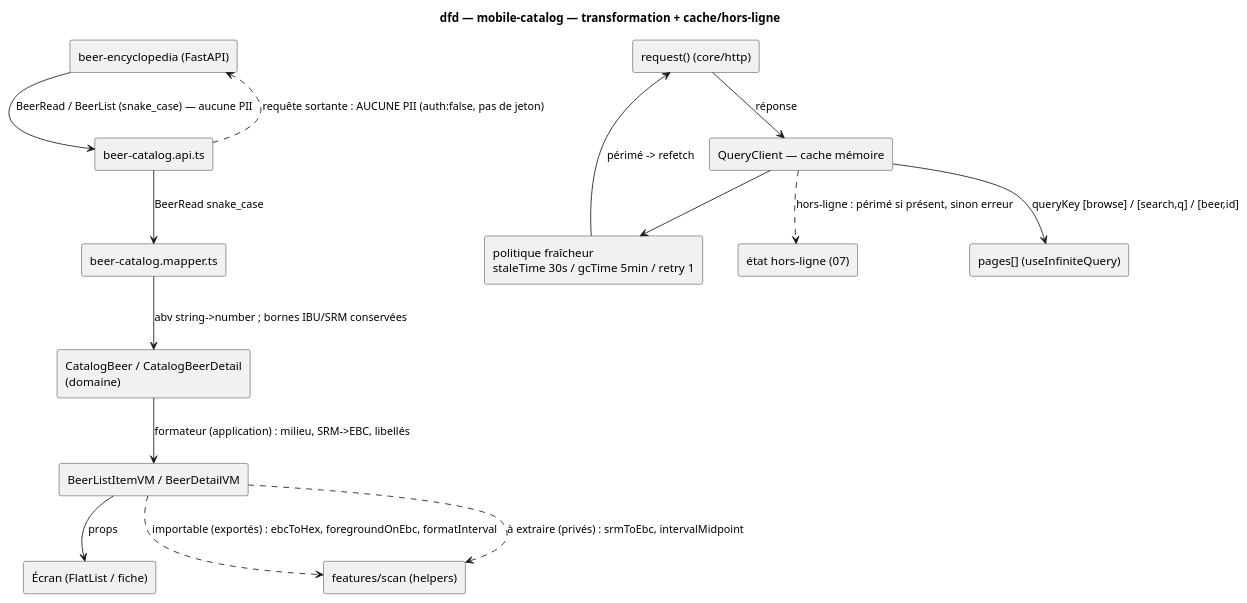
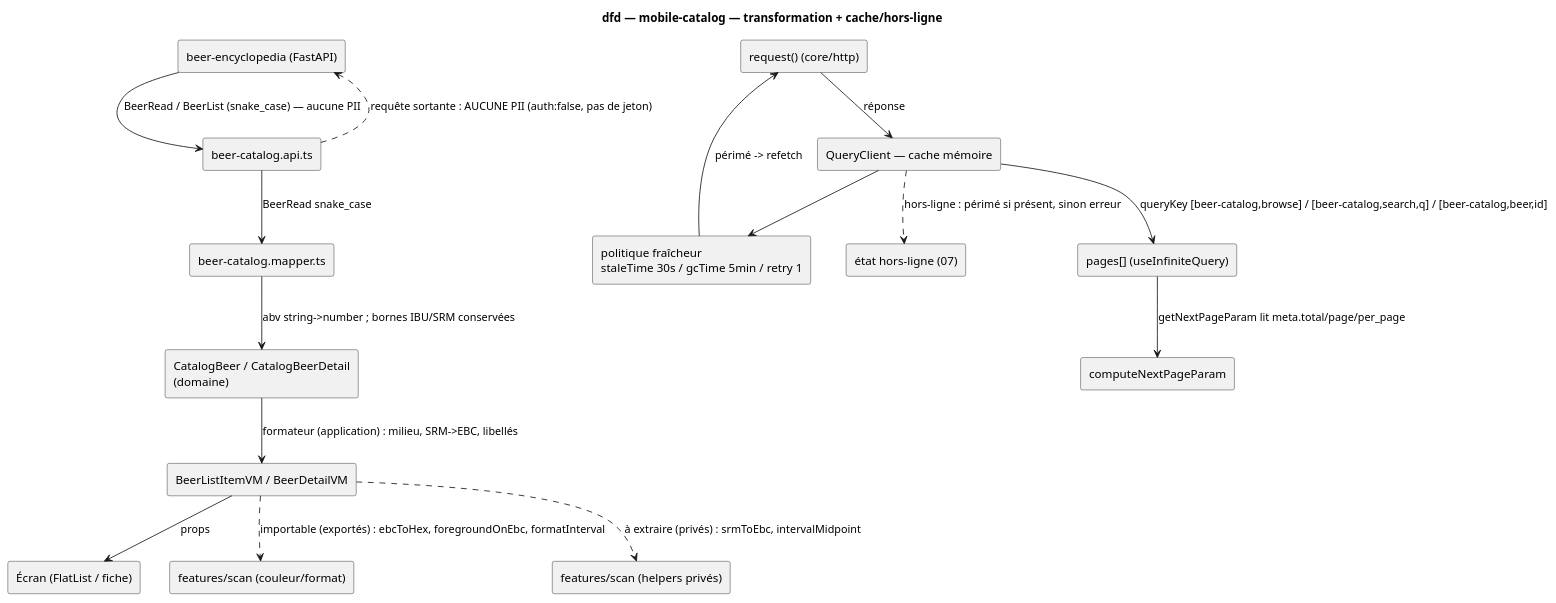
One commit to benoit-bremaud/brasse-bouillon changed the third of 3 diagrams in docs/architecture/diagrams/mobile-catalog/11-data-flow.md. Above: the diagram before and after it, drawn with PlantUML. The commit also changed other lines of this file and 6 other files, not shown here.

````diff
--- a/docs/architecture/diagrams/mobile-catalog/11-data-flow.md
+++ b/docs/architecture/diagrams/mobile-catalog/11-data-flow.md
@@ -47,35 +47,38 @@
 ```plantuml
 @startuml
 title dfd — mobile-catalog — transformation + cache/hors-ligne
 skinparam shadowing false
 
 rectangle "beer-encyclopedia (FastAPI)" as E
 rectangle "beer-catalog.api.ts" as Api
 rectangle "beer-catalog.mapper.ts" as Mapper
 rectangle "CatalogBeer / CatalogBeerDetail\n(domaine)" as Domain
 rectangle "BeerListItemVM / BeerDetailVM" as VM
 rectangle "Écran (FlatList / fiche)" as Screen
-rectangle "features/scan (helpers)" as ScanUtil
+rectangle "features/scan (couleur/format)" as ScanColor
+rectangle "features/scan (helpers privés)" as ScanUtil
 
 E --> Api : "BeerRead / BeerList (snake_case) — aucune PII"
 Api --> Mapper : "BeerRead snake_case"
 Mapper --> Domain : "abv string->number ; bornes IBU/SRM conservées"
 Domain --> VM : "formateur (application) : milieu, SRM->EBC, libellés"
 VM --> Screen : "props"
-VM ..> ScanUtil : "importable (exportés) : ebcToHex, foregroundOnEbc, formatInterval"
+VM ..> ScanColor : "importable (exportés) : ebcToHex, foregroundOnEbc, formatInterval"
 VM ..> ScanUtil : "à extraire (privés) : srmToEbc, intervalMidpoint"
 Api ..> E : "requête sortante : AUCUNE PII (auth:false, pas de jeton)"
 
 rectangle "request() (core/http)" as Req
 rectangle "QueryClient — cache mémoire" as Cache
 rectangle "pages[] (useInfiniteQuery)" as Pages
 rectangle "politique fraîcheur\nstaleTime 30s / gcTime 5min / retry 1" as Policy
 rectangle "état hors-ligne (07)" as Offline
+rectangle "computeNextPageParam" as NextParam
 
 Req --> Cache : "réponse"
-Cache --> Pages : "queryKey [browse] / [search,q] / [beer,id]"
+Cache --> Pages : "queryKey [beer-catalog,browse] / [beer-catalog,search,q] / [beer-catalog,beer,id]"
 Cache --> Policy
 Policy --> Req : "périmé -> refetch"
 Cache ..> Offline : "hors-ligne : périmé si présent, sinon erreur"
+Pages --> NextParam : "getNextPageParam lit meta.total/page/per_page"
 @enduml
 ```
````
